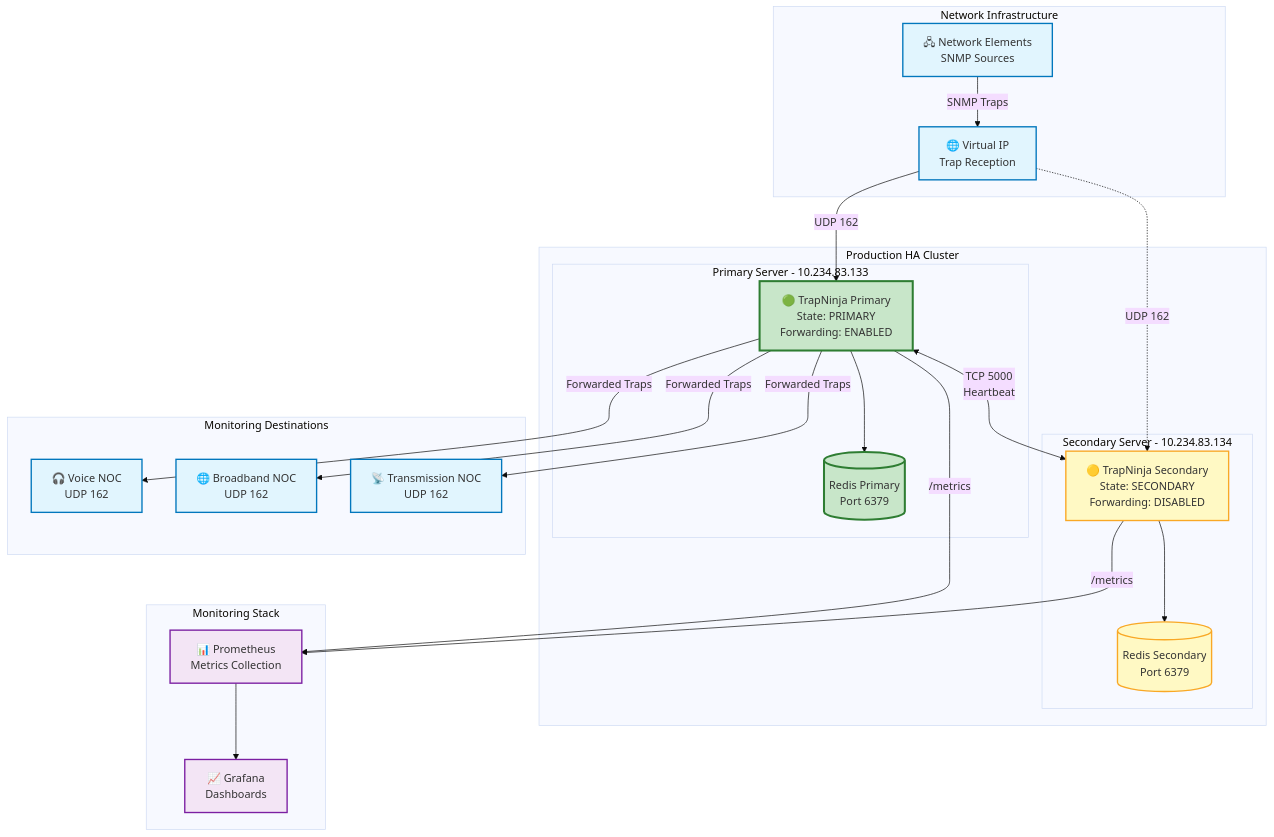
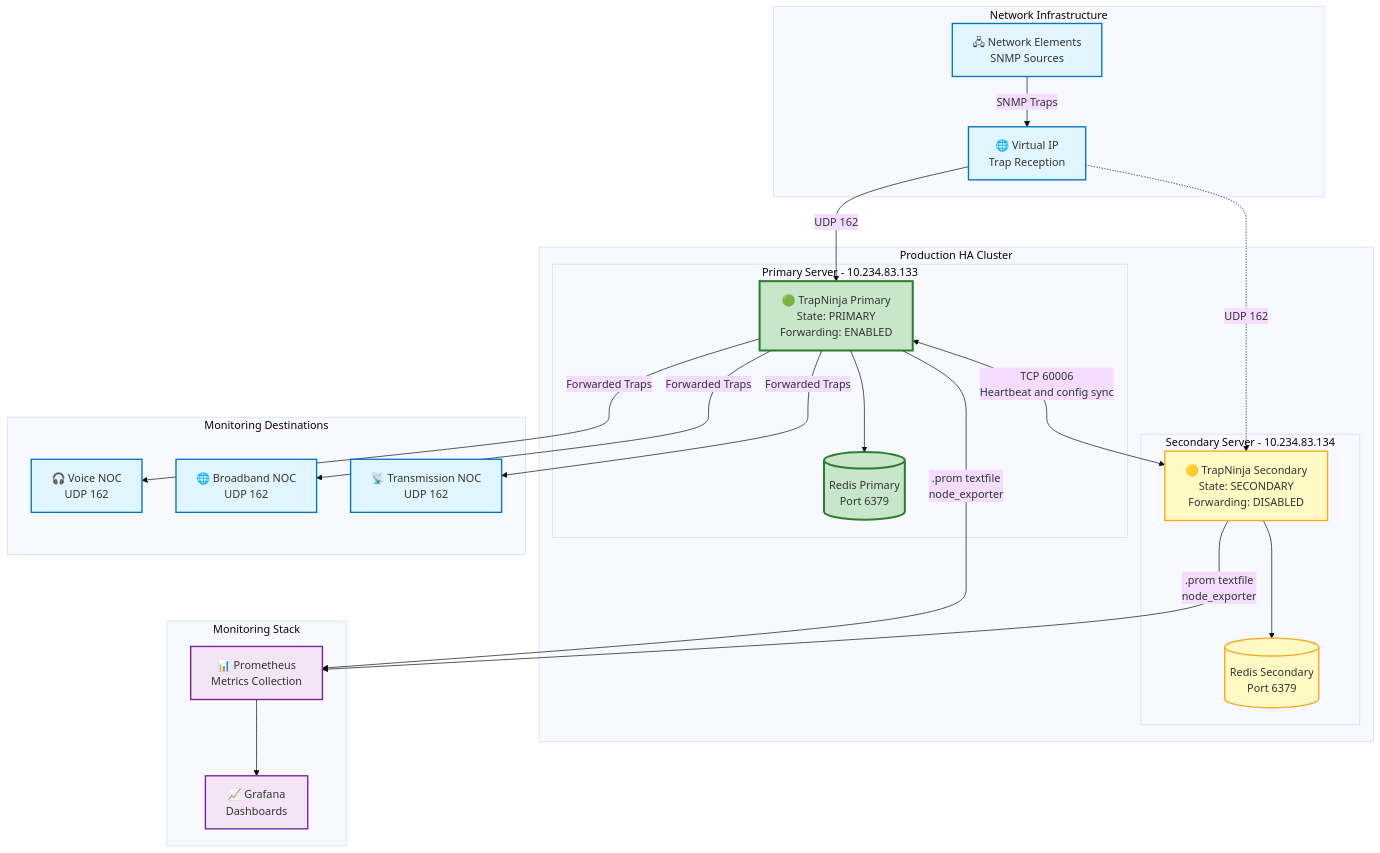
One commit to MAppleton-sky/trapninja changed the fifth of 5 diagrams in docs/ARCHITECTURE.md. Above: the diagram before and after it, drawn with Mermaid (base theme). The commit also changed other lines of this file and 15 other files, not shown here.

````diff
--- a/docs/ARCHITECTURE.md
+++ b/docs/ARCHITECTURE.md
@@ -1085,56 +1074,56 @@
 ```mermaid
 graph TD
     subgraph ProductionCluster ["Production HA Cluster"]
         subgraph PrimaryServer ["Primary Server - 10.234.83.133"]
             Primary["🟢 TrapNinja Primary<br/>State: PRIMARY<br/>Forwarding: ENABLED"]
             PrimaryRedis[("Redis Primary<br/>Port 6379")]
         end
 
         subgraph SecondaryServer ["Secondary Server - 10.234.83.134"]
             Secondary["🟡 TrapNinja Secondary<br/>State: SECONDARY<br/>Forwarding: DISABLED"]
             SecondaryRedis[("Redis Secondary<br/>Port 6379")]
         end
     end
 
     subgraph NetworkInfra ["Network Infrastructure"]
         VIP["🌐 Virtual IP<br/>Trap Reception"]
         NE["🖧 Network Elements<br/>SNMP Sources"]
     end
 
     subgraph MonitoringTargets ["Monitoring Destinations"]
         VoiceNOC["🎧 Voice NOC<br/>UDP 162"]
         BroadbandNOC["🌐 Broadband NOC<br/>UDP 162"]
         TransNOC["📡 Transmission NOC<br/>UDP 162"]
     end
 
     subgraph MonitoringStack ["Monitoring Stack"]
         Prometheus["📊 Prometheus<br/>Metrics Collection"]
         Grafana["📈 Grafana<br/>Dashboards"]
     end
 
     NE -->|"SNMP Traps"| VIP
     VIP -->|"UDP 162"| Primary
     VIP -.->|"UDP 162"| Secondary
 
-    Primary <-->|"TCP 5000<br/>Heartbeat"| Secondary
+    Primary <-->|"TCP 60006<br/>Heartbeat and config sync"| Secondary
     Primary --> PrimaryRedis
     Secondary --> SecondaryRedis
 
     Primary -->|"Forwarded Traps"| VoiceNOC
     Primary -->|"Forwarded Traps"| BroadbandNOC
     Primary -->|"Forwarded Traps"| TransNOC
 
-    Primary -->|"/metrics"| Prometheus
-    Secondary -->|"/metrics"| Prometheus
+    Primary -->|".prom textfile<br/>node_exporter"| Prometheus
+    Secondary -->|".prom textfile<br/>node_exporter"| Prometheus
     Prometheus --> Grafana
 
     classDef primary fill:#c8e6c9,stroke:#2e7d32,stroke-width:3px
     classDef secondary fill:#fff9c4,stroke:#f9a825,stroke-width:2px
     classDef external fill:#e1f5fe,stroke:#0277bd,stroke-width:2px
     classDef monitoring fill:#f3e5f5,stroke:#7b1fa2,stroke-width:2px
 
     class Primary,PrimaryRedis primary
     class Secondary,SecondaryRedis secondary
     class VIP,NE,VoiceNOC,BroadbandNOC,TransNOC external
     class Prometheus,Grafana monitoring
 ```
````
